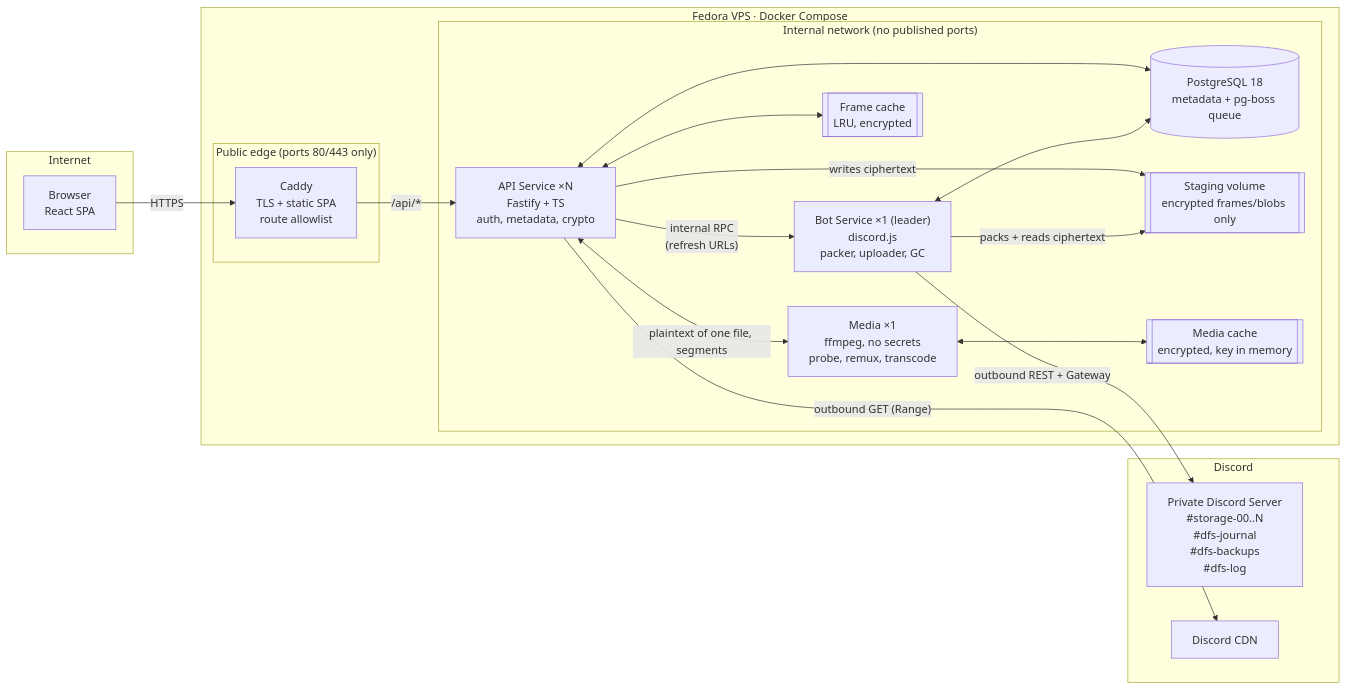
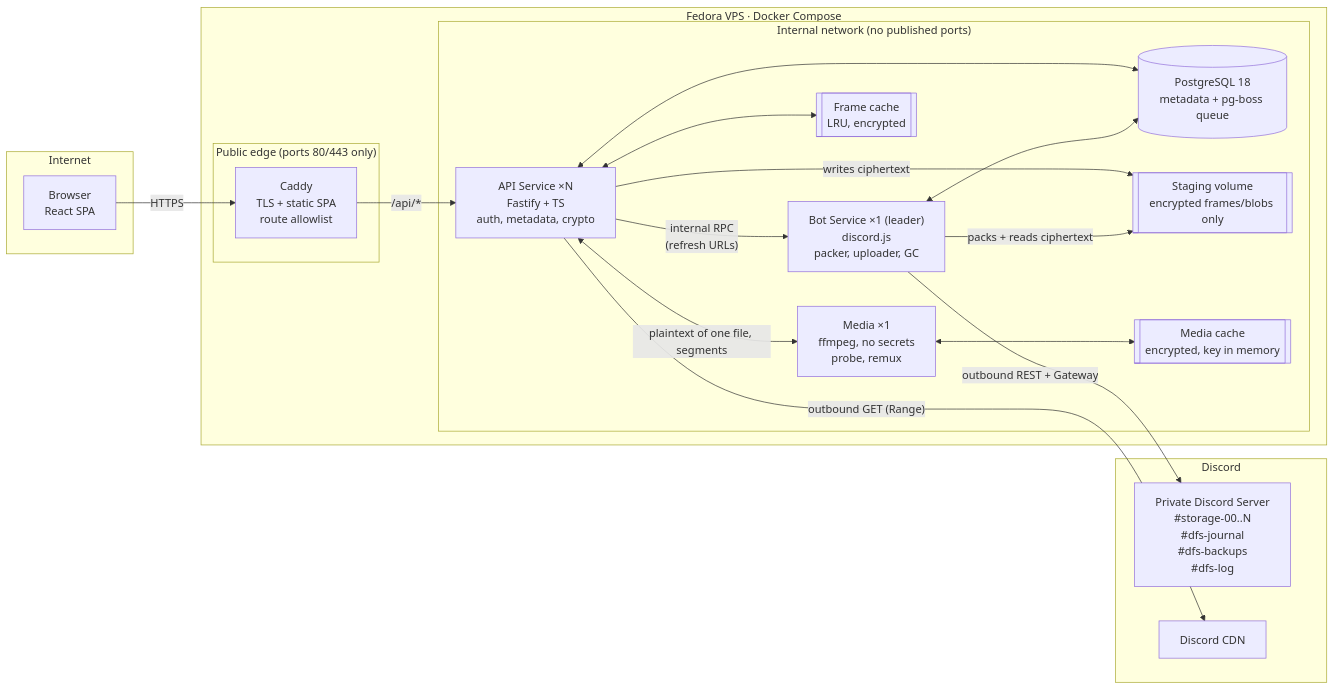
Before and after one commit to AlexB8675/DFS: the first of 11 diagrams in docs/DESIGN.md, drawn with Mermaid. The commit also changed other lines of this file and 1 other file, not shown here.

First line of the commit message:
Drop transcoding from the media plan: direct play or remux

````diff
--- a/docs/DESIGN.md
+++ b/docs/DESIGN.md
@@ -67,39 +67,39 @@
 ```mermaid
 flowchart LR
     subgraph Client["Internet"]
         WEB["Browser<br/>React SPA"]
     end
 
     subgraph VPS["Fedora VPS · Docker Compose"]
         subgraph Edge["Public edge (ports 80/443 only)"]
             PROXY["Caddy<br/>TLS + static SPA<br/>route allowlist"]
         end
         subgraph Core["Internal network (no published ports)"]
             API["API Service ×N<br/>Fastify + TS<br/>auth, metadata, crypto"]
             BOT["Bot Service ×1 (leader)<br/>discord.js<br/>packer, uploader, GC"]
             PG[("PostgreSQL 18<br/>metadata + pg-boss queue")]
             STAGE[["Staging volume<br/>encrypted frames/blobs only"]]
             CACHE[["Frame cache<br/>LRU, encrypted"]]
-            MEDIA["Media ×1<br/>ffmpeg, no secrets<br/>probe, remux, transcode"]
+            MEDIA["Media ×1<br/>ffmpeg, no secrets<br/>probe, remux"]
             MCACHE[["Media cache<br/>encrypted, key in memory"]]
         end
     end
 
     subgraph Discord
         GUILD["Private Discord Server<br/>#storage-00..N<br/>#dfs-journal<br/>#dfs-backups<br/>#dfs-log"]
         CDN["Discord CDN"]
     end
 
     WEB -- "HTTPS" --> PROXY
     PROXY -- "/api/*" --> API
     API <--> PG
     BOT <--> PG
     API -- writes ciphertext --> STAGE
     BOT -- "packs + reads ciphertext" --> STAGE
     API -- "internal RPC<br/>(refresh URLs)" --> BOT
     BOT -- "outbound REST + Gateway" --> GUILD
     API -- "outbound GET (Range)" --> CDN
     API <--> CACHE
     API <-->|"plaintext of one file, segments"| MEDIA
     MEDIA <--> MCACHE
 ```
````
